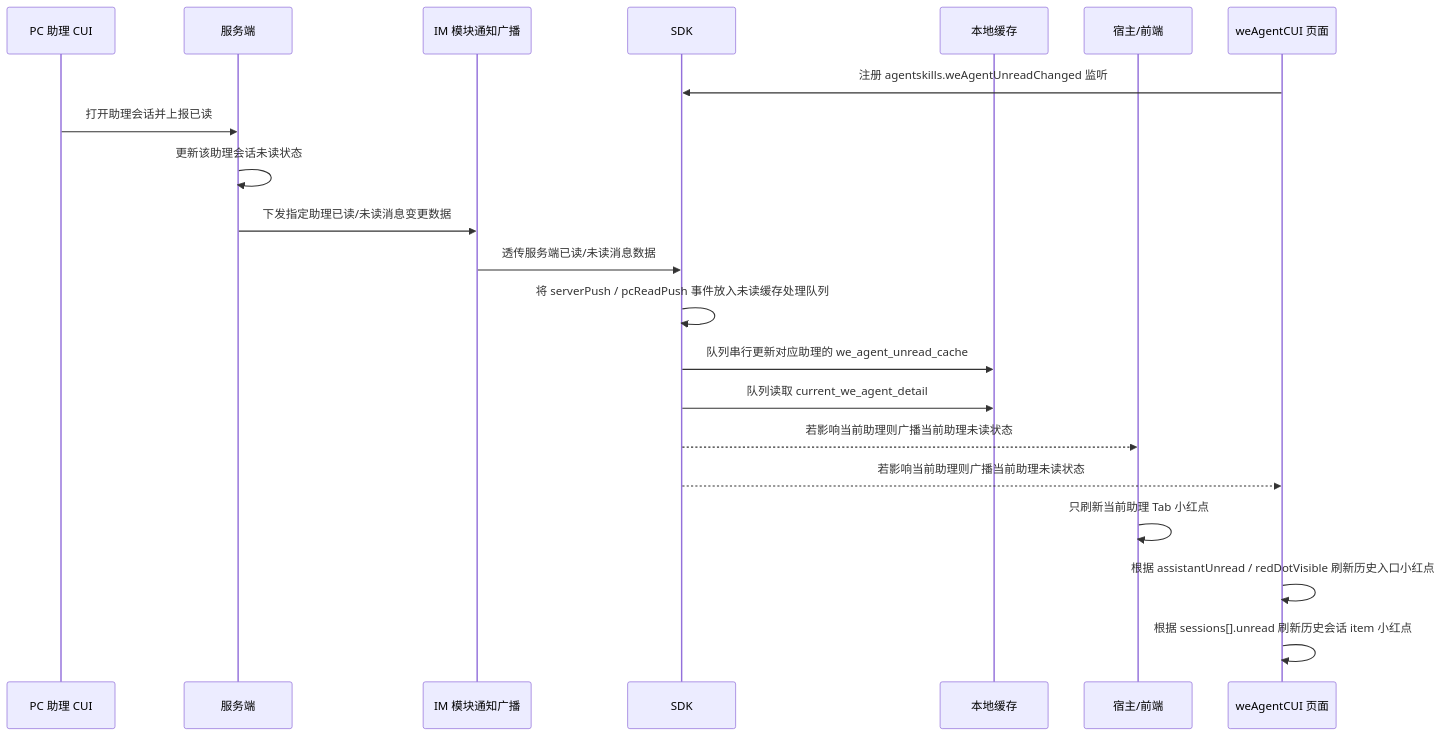
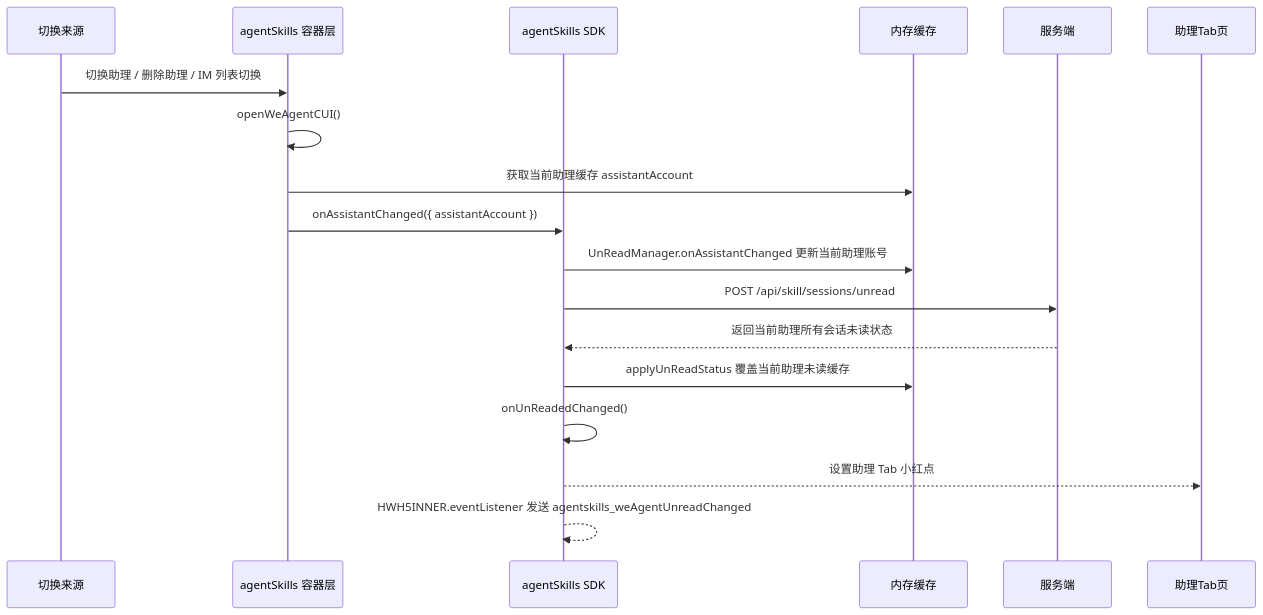
One commit to Abelsjcheng/skillSDK changed the third of 6 diagrams in 2026-06-11-we-agent-tab-unread-red-dot-plan.md. Above: the diagram before and after it, drawn with Mermaid. The commit also changed other lines of this file, not shown here.

````diff
--- a/2026-06-11-we-agent-tab-unread-red-dot-plan.md
+++ b/2026-06-11-we-agent-tab-unread-red-dot-plan.md
@@ -110,24 +128,21 @@
 ```mermaid
 sequenceDiagram
-    participant PC as PC 助理 CUI
+    participant Source as 切换来源
+    participant Container as agentSkills 容器层
+    participant SDK as agentSkills SDK
+    participant Memory as 内存缓存
     participant Server as 服务端
-    participant IM as IM 模块通知广播
-    participant SDK as SDK
-    participant Storage as 本地缓存
-    participant Host as 宿主/前端
-    participant CUI as weAgentCUI 页面
+    participant Tab as 助理Tab页
 
-    CUI->>SDK: 注册 agentskills.weAgentUnreadChanged 监听
-    PC->>Server: 打开助理会话并上报已读
-    Server->>Server: 更新该助理会话未读状态
-    Server->>IM: 下发指定助理已读/未读消息变更数据
-    IM->>SDK: 透传服务端已读/未读消息数据
-    SDK->>SDK: 将 serverPush / pcReadPush 事件放入未读缓存处理队列
-    SDK->>Storage: 队列串行更新对应助理的 we_agent_unread_cache
-    SDK->>Storage: 队列读取 current_we_agent_detail
-    SDK-->>Host: 若影响当前助理则广播当前助理未读状态
-    SDK-->>CUI: 若影响当前助理则广播当前助理未读状态
-    Host->>Host: 只刷新当前助理 Tab 小红点
-    CUI->>CUI: 根据 assistantUnread / redDotVisible 刷新历史入口小红点
-    CUI->>CUI: 根据 sessions[].unread 刷新历史会话 item 小红点
+    Source->>Container: 切换助理 / 删除助理 / IM 列表切换
+    Container->>Container: openWeAgentCUI()
+    Container->>Memory: 获取当前助理缓存 assistantAccount
+    Container->>SDK: onAssistantChanged({ assistantAccount })
+    SDK->>Memory: UnReadManager.onAssistantChanged 更新当前助理账号
+    SDK->>Server: POST /api/skill/sessions/unread
+    Server-->>SDK: 返回当前助理所有会话未读状态
+    SDK->>Memory: applyUnReadStatus 覆盖当前助理未读缓存
+    SDK->>SDK: onUnReadedChanged()
+    SDK-->>Tab: 设置助理 Tab 小红点
+    SDK-->>SDK: HWH5INNER.eventListener 发送 agentskills_weAgentUnreadChanged
 ```
````
